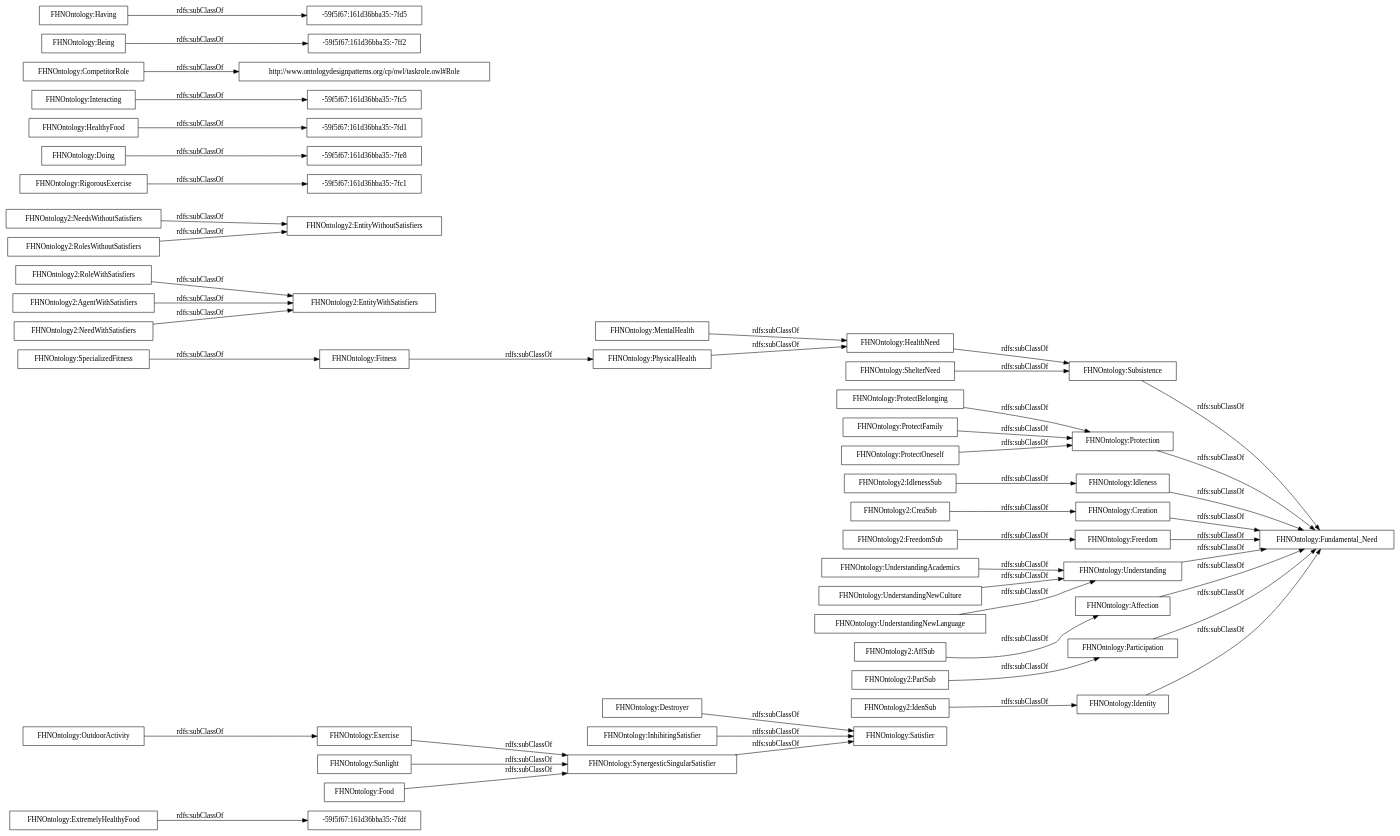
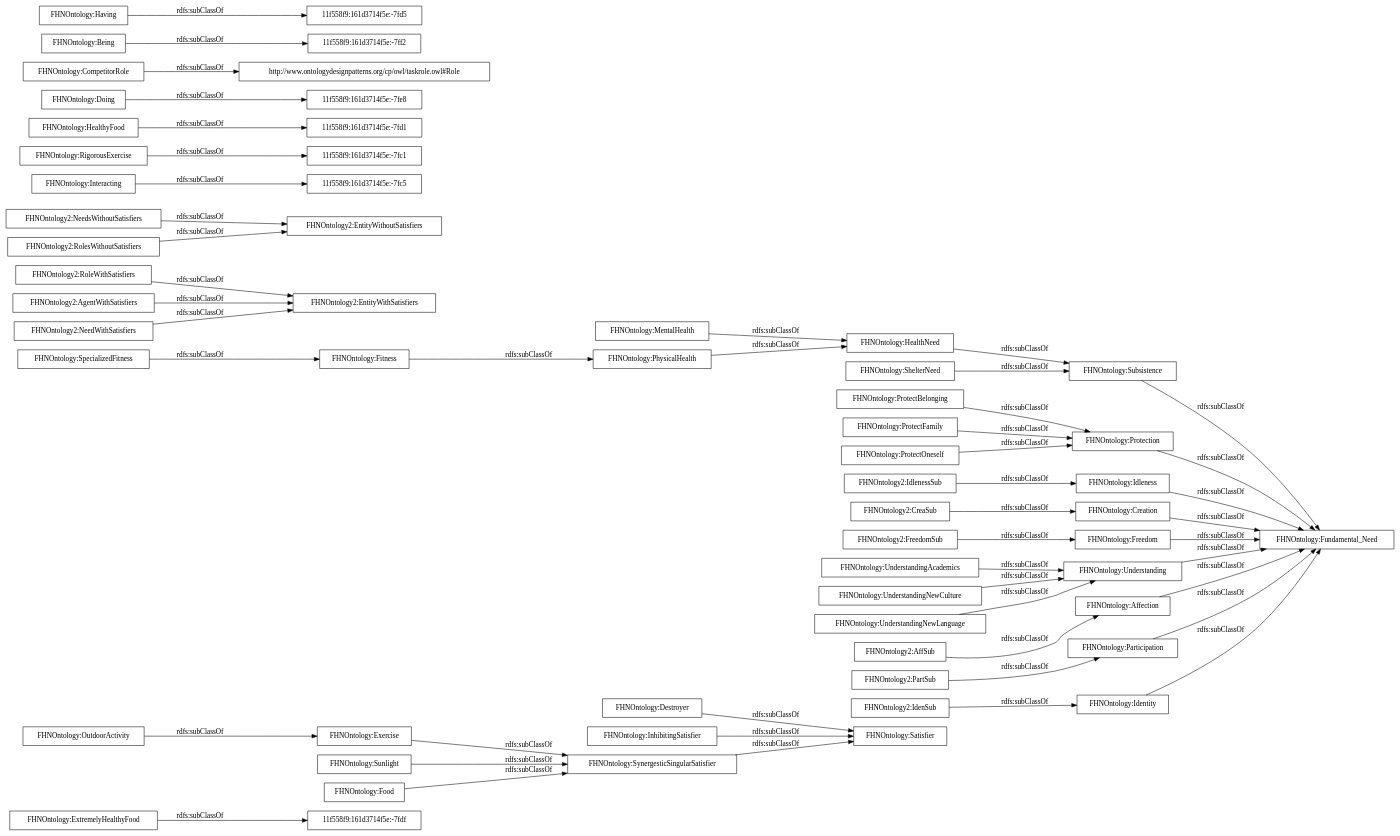
One commit to OnToologyUser/Propsed-Ontology changed the diagram in OnToology/FHNOntology.owl/diagrams/ar2dtool-taxonomy/FHNOntology.owl.png.dot. Above: the diagram before and after it, drawn with Graphviz. The commit also changed 61 other files, not shown here.

```diff
--- a/OnToology/FHNOntology.owl/diagrams/ar2dtool-taxonomy/FHNOntology.owl.png.dot
+++ b/OnToology/FHNOntology.owl/diagrams/ar2dtool-taxonomy/FHNOntology.owl.png.dot
@@ -1,53 +1,53 @@
 digraph ar2dtool_diagram { 
 rankdir=LR;
 size="1000"
-node [shape = rectangle, color="black"]; "-59f5f67:161d36bba35:-7fdf" "FHNOntology:SynergesticSingularSatisfier" "FHNOntology:Identity" "FHNOntology2:EntityWithSatisfiers" "FHNOntology2:FreedomSub" "FHNOntology2:NeedsWithoutSatisfiers" "-59f5f67:161d36bba35:-7fc1" "FHNOntology:Exercise" "FHNOntology:ProtectBelonging" "FHNOntology:ProtectFamily" "FHNOntology:Destroyer" "FHNOntology2:IdenSub" "FHNOntology:Subsistence" "FHNOntology:OutdoorActivity" "-59f5f67:161d36bba35:-7fe8" "FHNOntology2:RolesWithoutSatisfiers" "FHNOntology2:CreaSub" "FHNOntology:RigorousExercise" "FHNOntology2:PartSub" "FHNOntology2:RoleWithSatisfiers" "FHNOntology:Fitness" "FHNOntology:Protection" "-59f5f67:161d36bba35:-7fd1" "FHNOntology:Fundamental_Need" "FHNOntology:SpecializedFitness" "-59f5f67:161d36bba35:-7fc5" "FHNOntology2:EntityWithoutSatisfiers" "FHNOntology2:IdlenessSub" "http://www.ontologydesignpatterns.org/cp/owl/taskrole.owl#Role" "FHNOntology:UnderstandingAcademics" "FHNOntology:InhibitingSatisfier" "FHNOntology:Idleness" "FHNOntology:Creation" "FHNOntology:Being" "FHNOntology:Freedom" "FHNOntology:UnderstandingNewCulture" "FHNOntology:MentalHealth" "FHNOntology:Understanding" "FHNOntology:HealthyFood" "FHNOntology:Affection" "FHNOntology:Satisfier" "FHNOntology2:AgentWithSatisfiers" "FHNOntology:UnderstandingNewLanguage" "FHNOntology:HealthNeed" "FHNOntology2:NeedWithSatisfiers" "-59f5f67:161d36bba35:-7fd5" "FHNOntology:PhysicalHealth" "FHNOntology:Doing" "FHNOntology:Interacting" "FHNOntology2:AffSub" "FHNOntology:ShelterNeed" "FHNOntology:CompetitorRole" "FHNOntology:Having" "FHNOntology:ProtectOneself" "FHNOntology:Sunlight" "FHNOntology:Food" "-59f5f67:161d36bba35:-7ff2" "FHNOntology:Participation" "FHNOntology:ExtremelyHealthyFood" ; /*classes style*/
-	"FHNOntology:Interacting" -> "-59f5f67:161d36bba35:-7fc5" [ label = "rdfs:subClassOf" ];
+node [shape = rectangle, color="black"]; "11f558f9:161d3714f5e:-7fdf" "FHNOntology:SynergesticSingularSatisfier" "FHNOntology:Identity" "FHNOntology2:EntityWithSatisfiers" "FHNOntology2:FreedomSub" "FHNOntology2:NeedsWithoutSatisfiers" "FHNOntology:Exercise" "FHNOntology:ProtectBelonging" "11f558f9:161d3714f5e:-7fc5" "FHNOntology:ProtectFamily" "FHNOntology:Destroyer" "FHNOntology2:IdenSub" "FHNOntology:Subsistence" "FHNOntology:OutdoorActivity" "FHNOntology2:RolesWithoutSatisfiers" "FHNOntology2:CreaSub" "FHNOntology:RigorousExercise" "FHNOntology2:PartSub" "FHNOntology2:RoleWithSatisfiers" "FHNOntology:Fitness" "FHNOntology:Protection" "11f558f9:161d3714f5e:-7fd1" "FHNOntology:Fundamental_Need" "FHNOntology:SpecializedFitness" "11f558f9:161d3714f5e:-7fe8" "FHNOntology2:EntityWithoutSatisfiers" "FHNOntology2:IdlenessSub" "http://www.ontologydesignpatterns.org/cp/owl/taskrole.owl#Role" "FHNOntology:UnderstandingAcademics" "FHNOntology:InhibitingSatisfier" "FHNOntology:Idleness" "11f558f9:161d3714f5e:-7ff2" "FHNOntology:Creation" "FHNOntology:Being" "FHNOntology:UnderstandingNewCulture" "FHNOntology:Freedom" "FHNOntology:MentalHealth" "FHNOntology:Understanding" "11f558f9:161d3714f5e:-7fd5" "FHNOntology:HealthyFood" "FHNOntology:Affection" "FHNOntology:Satisfier" "FHNOntology2:AgentWithSatisfiers" "FHNOntology:UnderstandingNewLanguage" "FHNOntology:HealthNeed" "FHNOntology2:NeedWithSatisfiers" "FHNOntology:PhysicalHealth" "11f558f9:161d3714f5e:-7fc1" "FHNOntology:Doing" "FHNOntology:Interacting" "FHNOntology2:AffSub" "FHNOntology:ShelterNeed" "FHNOntology:CompetitorRole" "FHNOntology:Having" "FHNOntology:ProtectOneself" "FHNOntology:Sunlight" "FHNOntology:Food" "FHNOntology:Participation" "FHNOntology:ExtremelyHealthyFood" ; /*classes style*/
+	"FHNOntology:Interacting" -> "11f558f9:161d3714f5e:-7fc5" [ label = "rdfs:subClassOf" ];
 	"FHNOntology:UnderstandingNewCulture" -> "FHNOntology:Understanding" [ label = "rdfs:subClassOf" ];
 	"FHNOntology:PhysicalHealth" -> "FHNOntology:HealthNeed" [ label = "rdfs:subClassOf" ];
 	"FHNOntology:Creation" -> "FHNOntology:Fundamental_Need" [ label = "rdfs:subClassOf" ];
 	"FHNOntology:Exercise" -> "FHNOntology:SynergesticSingularSatisfier" [ label = "rdfs:subClassOf" ];
 	"FHNOntology:Food" -> "FHNOntology:SynergesticSingularSatisfier" [ label = "rdfs:subClassOf" ];
 	"FHNOntology:Affection" -> "FHNOntology:Fundamental_Need" [ label = "rdfs:subClassOf" ];
 	"FHNOntology:Identity" -> "FHNOntology:Fundamental_Need" [ label = "rdfs:subClassOf" ];
 	"FHNOntology:UnderstandingAcademics" -> "FHNOntology:Understanding" [ label = "rdfs:subClassOf" ];
 	"FHNOntology2:FreedomSub" -> "FHNOntology:Freedom" [ label = "rdfs:subClassOf" ];
 	"FHNOntology2:RolesWithoutSatisfiers" -> "FHNOntology2:EntityWithoutSatisfiers" [ label = "rdfs:subClassOf" ];
 	"FHNOntology:InhibitingSatisfier" -> "FHNOntology:Satisfier" [ label = "rdfs:subClassOf" ];
-	"FHNOntology:Being" -> "-59f5f67:161d36bba35:-7ff2" [ label = "rdfs:subClassOf" ];
+	"FHNOntology:Being" -> "11f558f9:161d3714f5e:-7ff2" [ label = "rdfs:subClassOf" ];
 	"FHNOntology2:NeedWithSatisfiers" -> "FHNOntology2:EntityWithSatisfiers" [ label = "rdfs:subClassOf" ];
 	"FHNOntology:Subsistence" -> "FHNOntology:Fundamental_Need" [ label = "rdfs:subClassOf" ];
 	"FHNOntology:Participation" -> "FHNOntology:Fundamental_Need" [ label = "rdfs:subClassOf" ];
-	"FHNOntology:Doing" -> "-59f5f67:161d36bba35:-7fe8" [ label = "rdfs:subClassOf" ];
+	"FHNOntology:Doing" -> "11f558f9:161d3714f5e:-7fe8" [ label = "rdfs:subClassOf" ];
 	"FHNOntology:SpecializedFitness" -> "FHNOntology:Fitness" [ label = "rdfs:subClassOf" ];
 	"FHNOntology:ShelterNeed" -> "FHNOntology:Subsistence" [ label = "rdfs:subClassOf" ];
 	"FHNOntology:Understanding" -> "FHNOntology:Fundamental_Need" [ label = "rdfs:subClassOf" ];
 	"FHNOntology:Fitness" -> "FHNOntology:PhysicalHealth" [ label = "rdfs:subClassOf" ];
 	"FHNOntology:UnderstandingNewLanguage" -> "FHNOntology:Understanding" [ label = "rdfs:subClassOf" ];
 	"FHNOntology:Destroyer" -> "FHNOntology:Satisfier" [ label = "rdfs:subClassOf" ];
 	"FHNOntology2:RoleWithSatisfiers" -> "FHNOntology2:EntityWithSatisfiers" [ label = "rdfs:subClassOf" ];
 	"FHNOntology:CompetitorRole" -> "http://www.ontologydesignpatterns.org/cp/owl/taskrole.owl#Role" [ label = "rdfs:subClassOf" ];
 	"FHNOntology:ProtectFamily" -> "FHNOntology:Protection" [ label = "rdfs:subClassOf" ];
 	"FHNOntology:MentalHealth" -> "FHNOntology:HealthNeed" [ label = "rdfs:subClassOf" ];
 	"FHNOntology2:AgentWithSatisfiers" -> "FHNOntology2:EntityWithSatisfiers" [ label = "rdfs:subClassOf" ];
 	"FHNOntology2:PartSub" -> "FHNOntology:Participation" [ label = "rdfs:subClassOf" ];
 	"FHNOntology2:NeedsWithoutSatisfiers" -> "FHNOntology2:EntityWithoutSatisfiers" [ label = "rdfs:subClassOf" ];
 	"FHNOntology:Protection" -> "FHNOntology:Fundamental_Need" [ label = "rdfs:subClassOf" ];
 	"FHNOntology2:IdlenessSub" -> "FHNOntology:Idleness" [ label = "rdfs:subClassOf" ];
 	"FHNOntology:ProtectOneself" -> "FHNOntology:Protection" [ label = "rdfs:subClassOf" ];
 	"FHNOntology2:IdenSub" -> "FHNOntology:Identity" [ label = "rdfs:subClassOf" ];
 	"FHNOntology2:AffSub" -> "FHNOntology:Affection" [ label = "rdfs:subClassOf" ];
 	"FHNOntology:SynergesticSingularSatisfier" -> "FHNOntology:Satisfier" [ label = "rdfs:subClassOf" ];
 	"FHNOntology:OutdoorActivity" -> "FHNOntology:Exercise" [ label = "rdfs:subClassOf" ];
 	"FHNOntology:Freedom" -> "FHNOntology:Fundamental_Need" [ label = "rdfs:subClassOf" ];
 	"FHNOntology:HealthNeed" -> "FHNOntology:Subsistence" [ label = "rdfs:subClassOf" ];
 	"FHNOntology2:CreaSub" -> "FHNOntology:Creation" [ label = "rdfs:subClassOf" ];
-	"FHNOntology:RigorousExercise" -> "-59f5f67:161d36bba35:-7fc1" [ label = "rdfs:subClassOf" ];
-	"FHNOntology:ExtremelyHealthyFood" -> "-59f5f67:161d36bba35:-7fdf" [ label = "rdfs:subClassOf" ];
-	"FHNOntology:Having" -> "-59f5f67:161d36bba35:-7fd5" [ label = "rdfs:subClassOf" ];
+	"FHNOntology:RigorousExercise" -> "11f558f9:161d3714f5e:-7fc1" [ label = "rdfs:subClassOf" ];
+	"FHNOntology:ExtremelyHealthyFood" -> "11f558f9:161d3714f5e:-7fdf" [ label = "rdfs:subClassOf" ];
+	"FHNOntology:Having" -> "11f558f9:161d3714f5e:-7fd5" [ label = "rdfs:subClassOf" ];
 	"FHNOntology:Idleness" -> "FHNOntology:Fundamental_Need" [ label = "rdfs:subClassOf" ];
 	"FHNOntology:ProtectBelonging" -> "FHNOntology:Protection" [ label = "rdfs:subClassOf" ];
 	"FHNOntology:Sunlight" -> "FHNOntology:SynergesticSingularSatisfier" [ label = "rdfs:subClassOf" ];
-	"FHNOntology:HealthyFood" -> "-59f5f67:161d36bba35:-7fd1" [ label = "rdfs:subClassOf" ];
+	"FHNOntology:HealthyFood" -> "11f558f9:161d3714f5e:-7fd1" [ label = "rdfs:subClassOf" ];
 
 }
```
